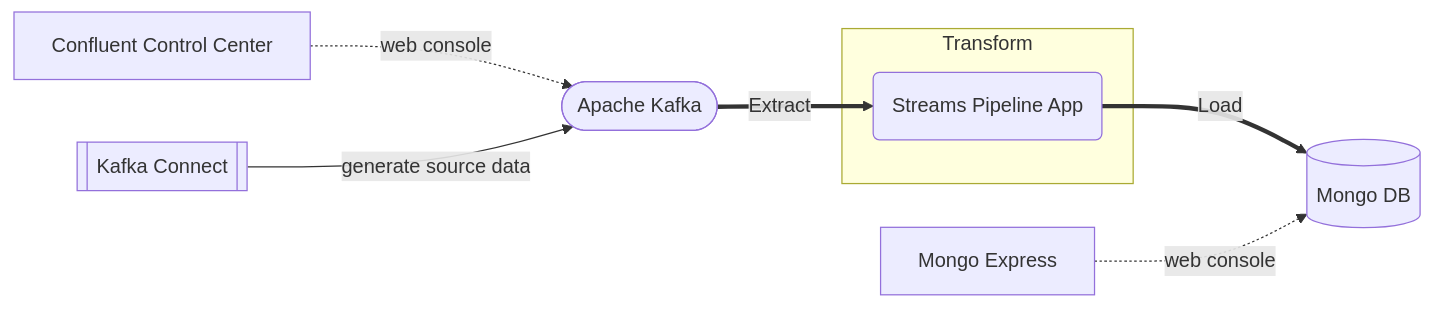
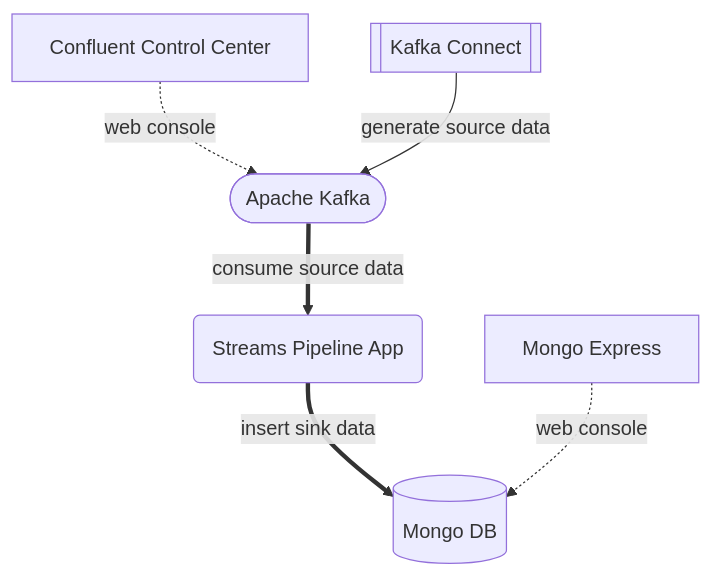
The second of 2 diagrams in README.md (ogi-iii/kafka-streams-pipeline), drawn with Mermaid before and after one commit.

Commit message:
diagram modified

````diff
--- a/README.md
+++ b/README.md
@@ -42,16 +42,14 @@
 ```mermaid
-graph LR;
+graph TD;
     CC[Confluent Control Center]
     KC[[Kafka Connect]]
     AK([Apache Kafka])
-    subgraph Transform
     PA(Streams Pipeline App)
-    end
     MD[(Mongo DB)]
     ME[Mongo Express]
-    AK==Extract==>PA
-    PA==Load==>MD
     CC-.web console.->AK
     KC--generate source data-->AK
+    AK==consume source data==>PA
+    PA==insert sink data==>MD
     ME-.web console.->MD
 ```
````
